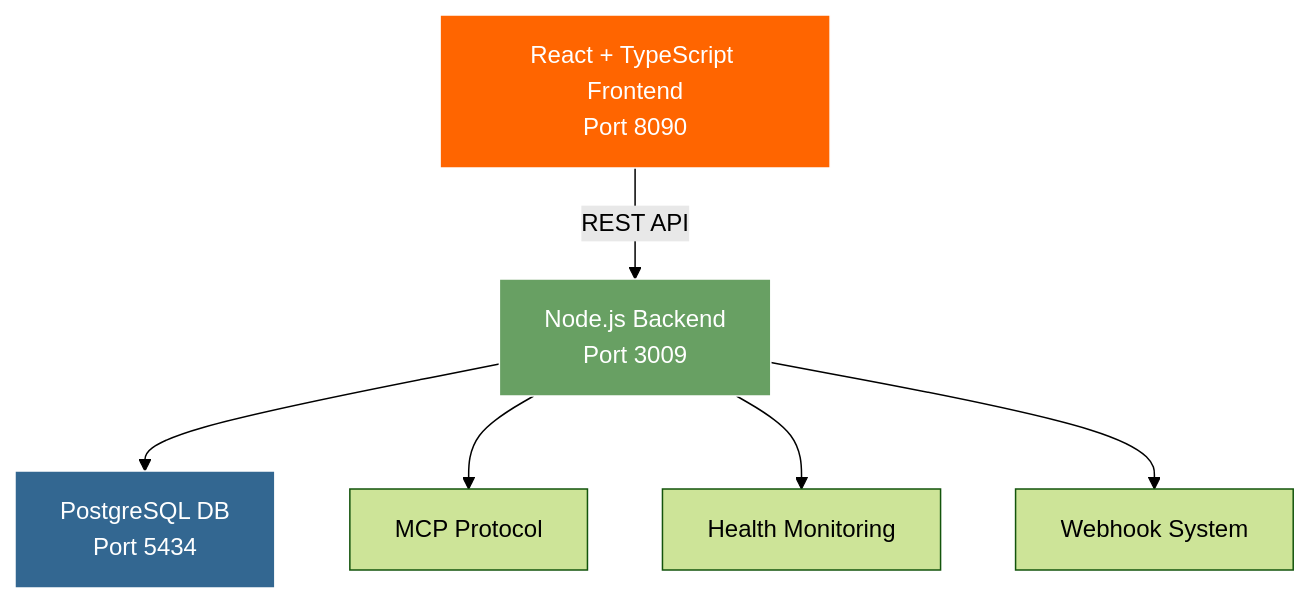
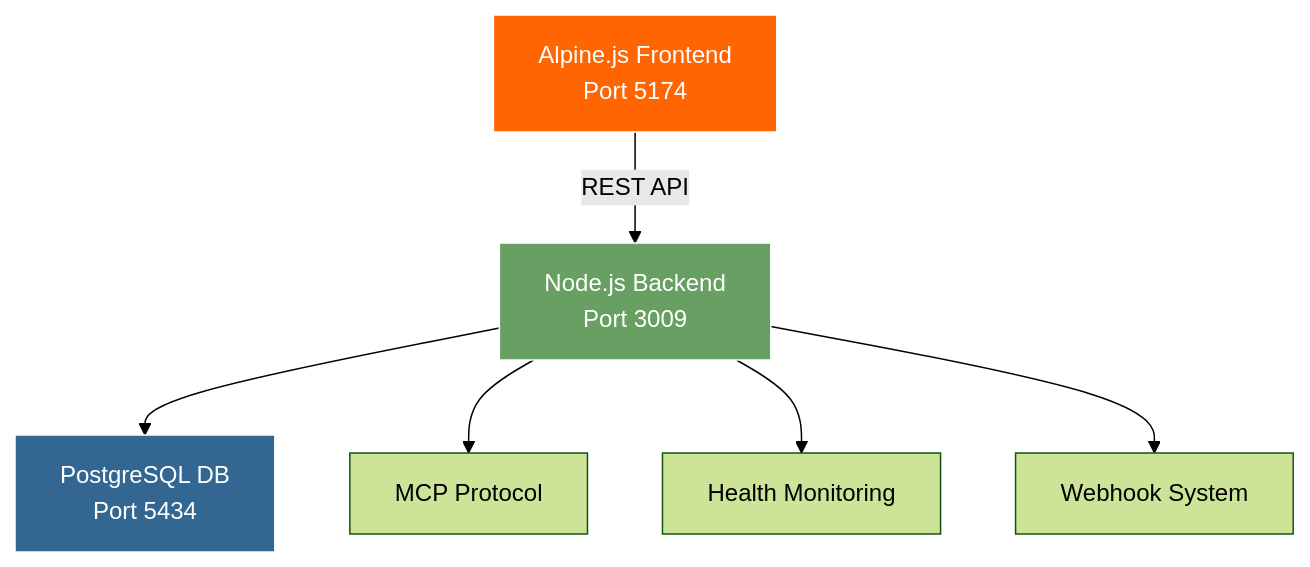
The diagram in README.md (anubissbe/task-management-webui), drawn with Mermaid (forest theme) before and after one commit. The commit also changed other lines of this file and 5 other files, not shown here.

````diff
--- a/README.md
+++ b/README.md
@@ -110,12 +118,12 @@
 ```mermaid
 graph TD
-    A[React + TypeScript Frontend<br/>Port 8090] -->|REST API| B[Node.js Backend<br/>Port 3009]
+    A[Alpine.js Frontend<br/>Port 5174] -->|REST API| B[Node.js Backend<br/>Port 3009]
     B --> C[PostgreSQL DB<br/>Port 5434]
     B --> D[MCP Protocol]
     B --> E[Health Monitoring]
     B --> F[Webhook System]
     
     style A fill:#ff6500,stroke:#fff,color:#fff
     style B fill:#68a063,stroke:#fff,color:#fff
     style C fill:#336791,stroke:#fff,color:#fff
 ```
````
